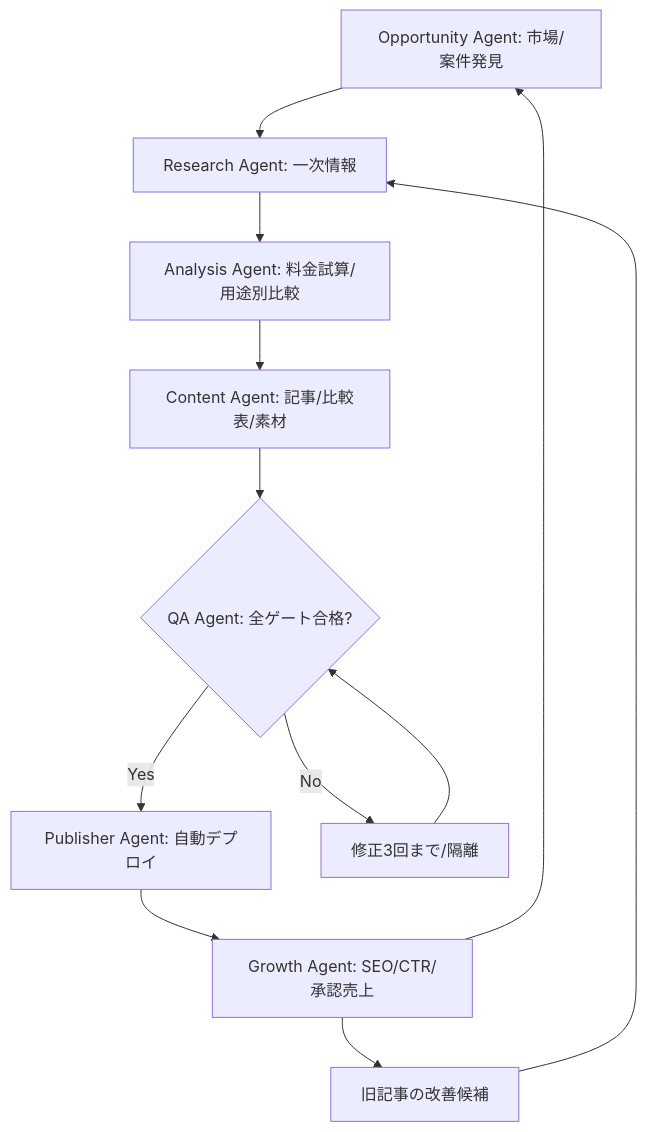
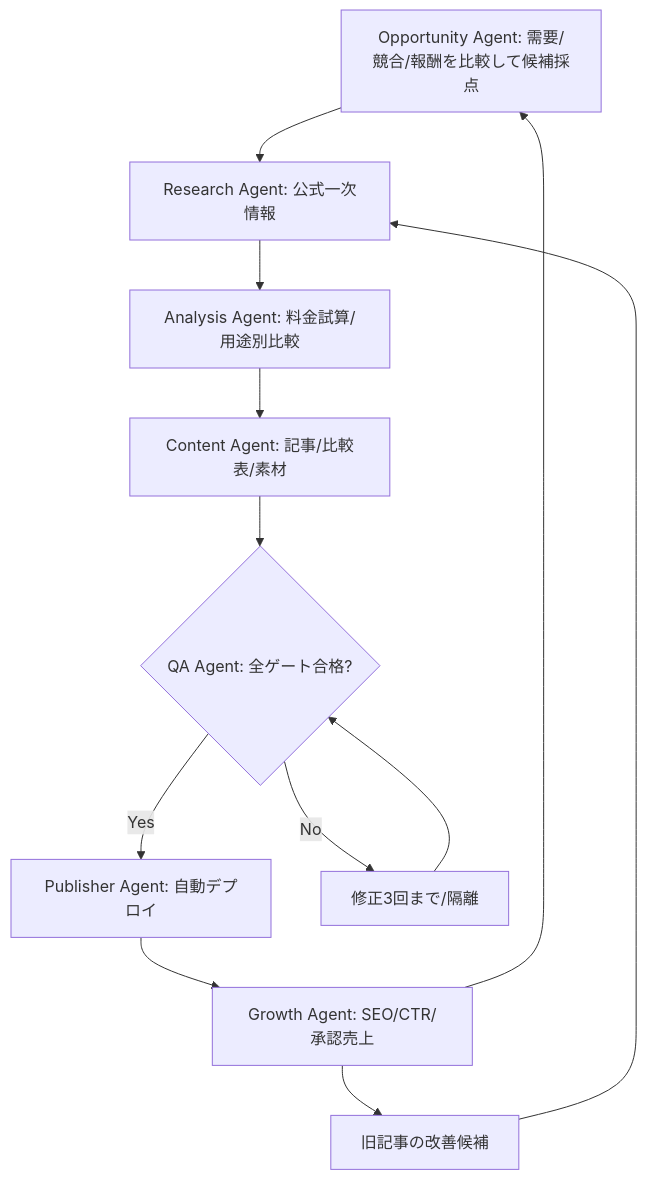
Before and after one commit to yuga-hashimoto/autonomous-affiliate: the diagram in README.md, drawn with Mermaid. The commit also changed other lines of this file and 8 other files, not shown here.

```diff
--- a/README.md
+++ b/README.md
@@ -20,14 +20,14 @@
 ~~~mermaid
 flowchart TD
-  A[Opportunity Agent: 市場/案件発見] --> B[Research Agent: 一次情報]
+  A[Opportunity Agent: 需要/競合/報酬を比較して候補採点] --> B[Research Agent: 公式一次情報]
   B --> C[Analysis Agent: 料金試算/用途別比較]
   C --> D[Content Agent: 記事/比較表/素材]
   D --> E{QA Agent: 全ゲート合格?}
   E -- Yes --> F[Publisher Agent: 自動デプロイ]
   E -- No --> G[修正3回まで/隔離]
   G --> E
   F --> H[Growth Agent: SEO/CTR/承認売上]
   H --> A
   H --> I[旧記事の改善候補]
   I --> B
 ~~~
```
